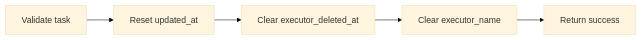
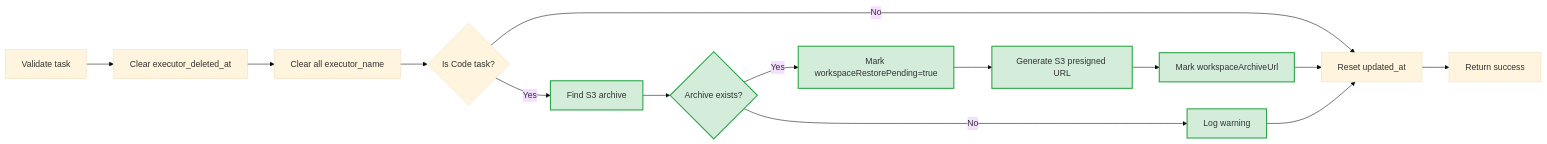
Before and after one commit to wecode-ai/Wegent: the third of 9 diagrams in docs/en/features/task-restore.md, drawn with Mermaid (base theme). The commit also changed other lines of this file and 6 other files, not shown here.

````diff
--- a/docs/en/features/task-restore.md
+++ b/docs/en/features/task-restore.md
@@ -97,7 +199,18 @@
 ```mermaid
 flowchart LR
-    A[Validate task] --> B[Reset updated_at]
-    B --> C[Clear executor_deleted_at]
-    C --> D[Clear executor_name]
-    D --> E[Return success]
+    A[Validate task] --> B[Clear executor_deleted_at]
+    B --> C[Clear all executor_name]
+    C --> D{Is Code task?}
+    D -->|Yes| E[Find S3 archive]:::new
+    D -->|No| F[Reset updated_at]
+    E --> G{Archive exists?}:::new
+    G -->|Yes| H[Mark workspaceRestorePending=true]:::new
+    G -->|No| I[Log warning]:::new
+    H --> J[Generate S3 presigned URL]:::new
+    J --> K[Mark workspaceArchiveUrl]:::new
+    K --> F
+    I --> F
+    F --> L[Return success]
+
+    classDef new fill:#d4edda,stroke:#28a745,stroke-width:2px
 ```
````
